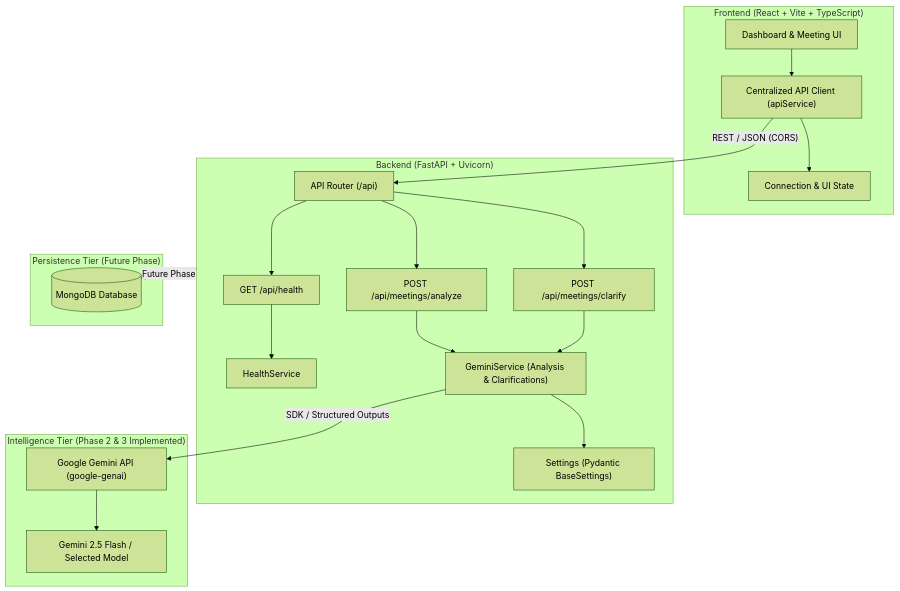
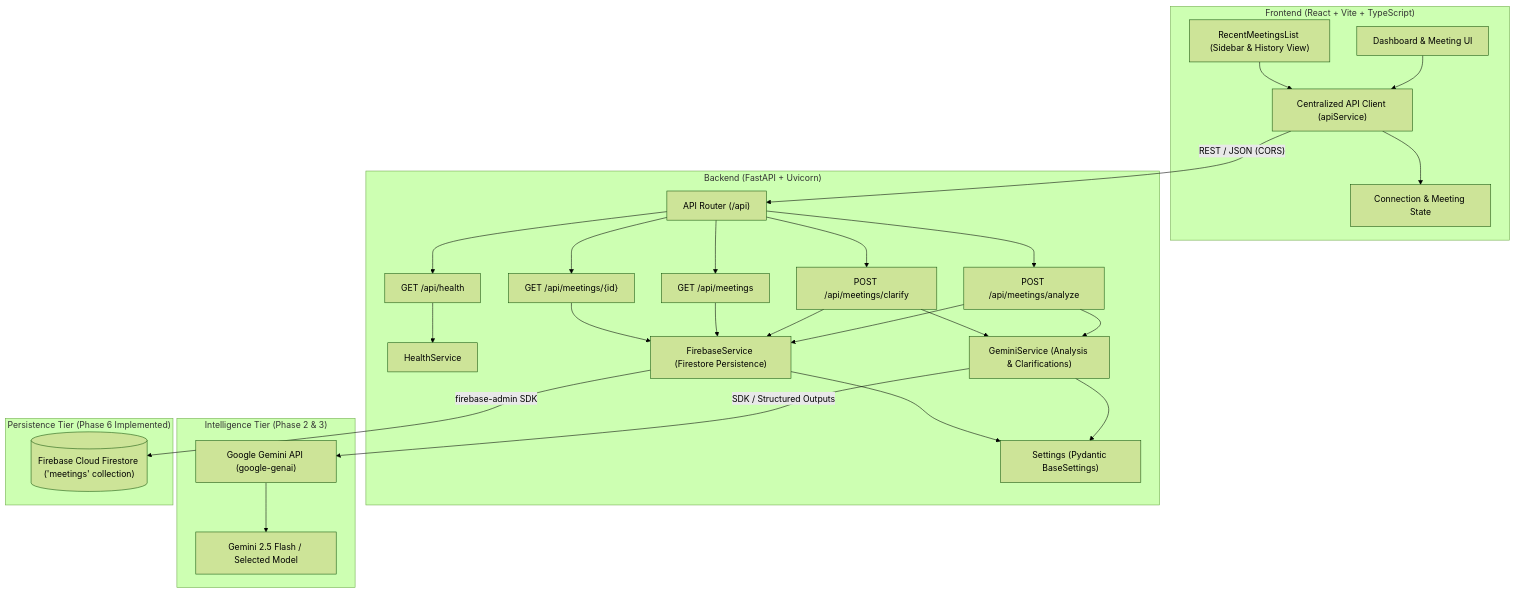
Before and after one commit to rohitt-prog/MeetMindAI: the first of 2 diagrams in docs/architecture.md, drawn with Mermaid (forest theme). The commit also changed other lines of this file and 20 other files, not shown here.

Commit message:
feat: add Firebase meeting persistence

````diff
--- a/docs/architecture.md
+++ b/docs/architecture.md
@@ -18,42 +18,57 @@
 ```mermaid
 graph TD
     subgraph Client ["Frontend (React + Vite + TypeScript)"]
         UI["Dashboard & Meeting UI"]
         APIService["Centralized API Client (apiService)"]
-        State["Connection & UI State"]
+        HistoryList["RecentMeetingsList (Sidebar & History View)"]
+        State["Connection & Meeting State"]
         UI --> APIService
+        HistoryList --> APIService
         APIService --> State
     end
 
     subgraph Service ["Backend (FastAPI + Uvicorn)"]
         Router["API Router (/api)"]
         HealthRoute["GET /api/health"]
         AnalyzeRoute["POST /api/meetings/analyze"]
         ClarifyRoute["POST /api/meetings/clarify"]
+        ListRoute["GET /api/meetings"]
+        GetRoute["GET /api/meetings/{id}"]
+        
         HealthService["HealthService"]
         GeminiService["GeminiService (Analysis & Clarifications)"]
+        FirebaseService["FirebaseService (Firestore Persistence)"]
         Config["Settings (Pydantic BaseSettings)"]
         
         Router --> HealthRoute
         Router --> AnalyzeRoute
         Router --> ClarifyRoute
+        Router --> ListRoute
+        Router --> GetRoute
+        
         HealthRoute --> HealthService
         AnalyzeRoute --> GeminiService
+        AnalyzeRoute --> FirebaseService
         ClarifyRoute --> GeminiService
+        ClarifyRoute --> FirebaseService
+        ListRoute --> FirebaseService
+        GetRoute --> FirebaseService
+        
         GeminiService --> Config
+        FirebaseService --> Config
     end
 
-    subgraph AI ["Intelligence Tier (Phase 2 & 3 Implemented)"]
+    subgraph AI ["Intelligence Tier (Phase 2 & 3)"]
         GeminiSDK["Google Gemini API (google-genai)"]
         GeminiFlash["Gemini 2.5 Flash / Selected Model"]
         GeminiSDK --> GeminiFlash
     end
 
-    subgraph Database ["Persistence Tier (Future Phase)"]
-        MongoStore[("MongoDB Database")]
+    subgraph Database ["Persistence Tier (Phase 6 Implemented)"]
+        Firestore[("Firebase Cloud Firestore ('meetings' collection)")]
     end
 
     APIService -- "REST / JSON (CORS)" --> Router
     GeminiService -- "SDK / Structured Outputs" --> GeminiSDK
-    Service -. "Future Phase" .-> MongoStore
+    FirebaseService -- "firebase-admin SDK" --> Firestore
 ```
````
